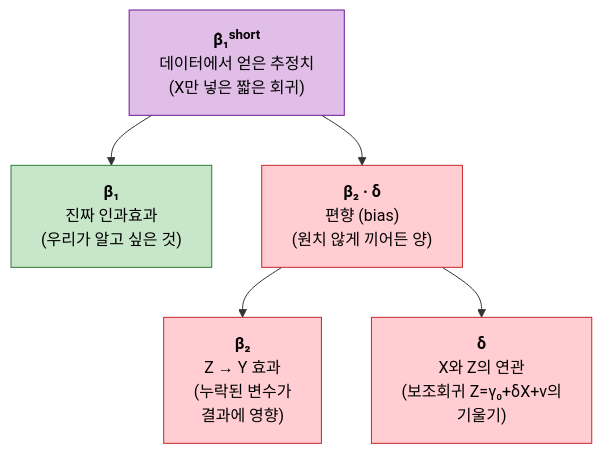
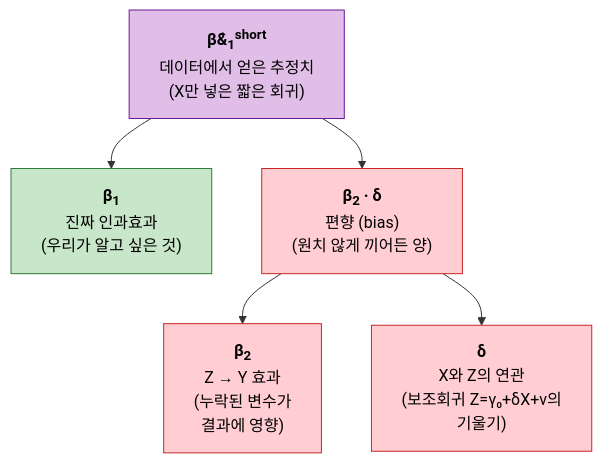
The second of 11 diagrams in 20260508.md (minvv23/sogang-soc-advanced-data-analysis-ii), drawn with Mermaid before and after one commit. The commit also changed other lines of this file and 1 other file, not shown here.

Commit message:
Move OVB DAG above formula and fix subscript rendering
- LR DAG (X-Y-Z 관계도)를 변수 셋업(Y/X/Z 정의) 직후로 이동. 데이터 생성 과정 수식과 β̂_short 공식이 등장하기 전에 시각적 구조를 먼저 보여주도록 재배치
- 보조회귀 설명에 "위 DAG의 δ가 바로 이것"이라는 연결 문장 추가
- mermaid TD flowchart의 β̂₁ 등 첨자가 일부 폰트에서 깨지는 문제 수정: Unicode subscript 대신 HTML <sub>/<sup> 태그 사용 (β&#770;<sub>1</sub><sup>short</sup>)
- md/HTML 동시 반영

````diff
--- a/20260508.md
+++ b/20260508.md
@@ -81,14 +81,14 @@
 ```mermaid
 flowchart TD
-    A["<b>β̂₁<sup>short</sup></b><br/>데이터에서 얻은 추정치<br/>(X만 넣은 짧은 회귀)"] --> B["<b>β₁</b><br/>진짜 인과효과<br/>(우리가 알고 싶은 것)"]
-    A --> C["<b>β₂ · δ</b><br/>편향 (bias)<br/>(원치 않게 끼어든 양)"]
-    C --> D["<b>β₂</b><br/>Z → Y 효과<br/>(누락된 변수가<br/>결과에 영향)"]
+    A["<b>β&#770;<sub>1</sub><sup>short</sup></b><br/>데이터에서 얻은 추정치<br/>(X만 넣은 짧은 회귀)"] --> B["<b>β<sub>1</sub></b><br/>진짜 인과효과<br/>(우리가 알고 싶은 것)"]
+    A --> C["<b>β<sub>2</sub> · δ</b><br/>편향 (bias)<br/>(원치 않게 끼어든 양)"]
+    C --> D["<b>β<sub>2</sub></b><br/>Z → Y 효과<br/>(누락된 변수가<br/>결과에 영향)"]
     C --> E["<b>δ</b><br/>X와 Z의 연관<br/>(보조회귀 Z=γ₀+δX+v의<br/>기울기)"]
 
     classDef good fill:#c8e6c9,stroke:#2e7d32,color:#000
     classDef bad fill:#ffcdd2,stroke:#c62828,color:#000
     classDef neutral fill:#e1bee7,stroke:#6a1b9a,color:#000
     class B good
     class C,D,E bad
     class A neutral
 ```
````
